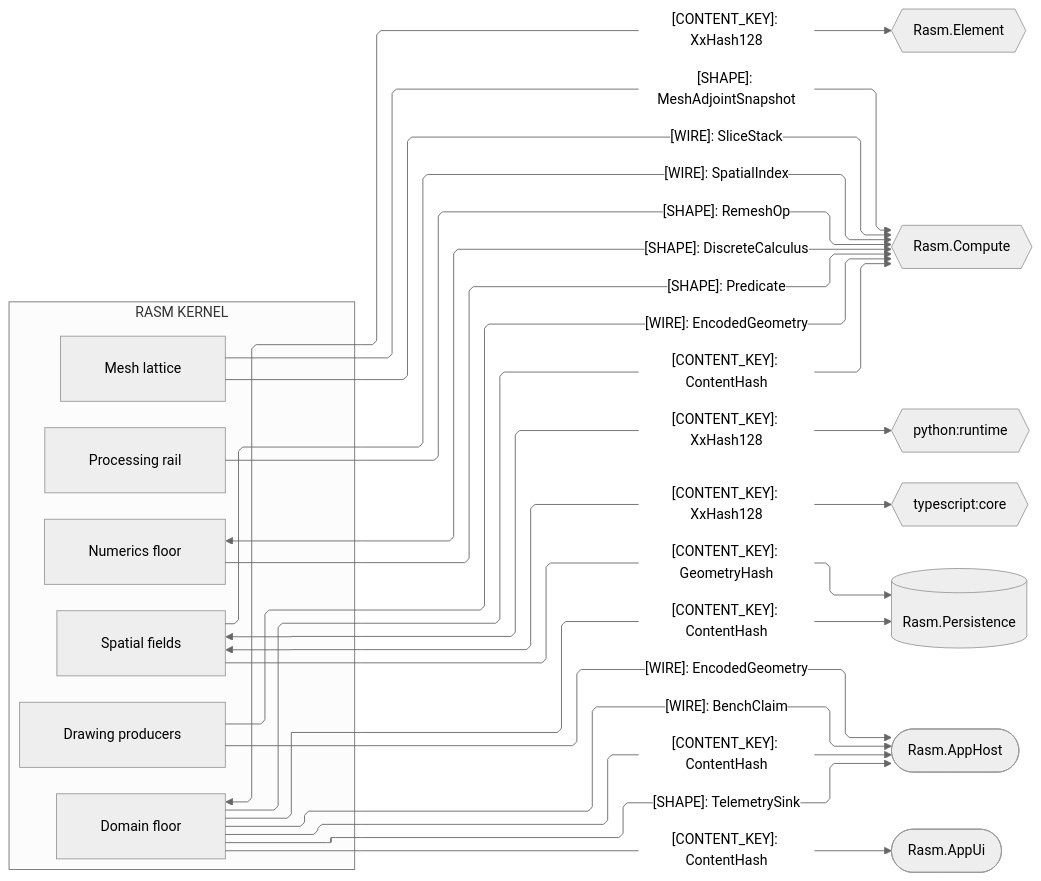
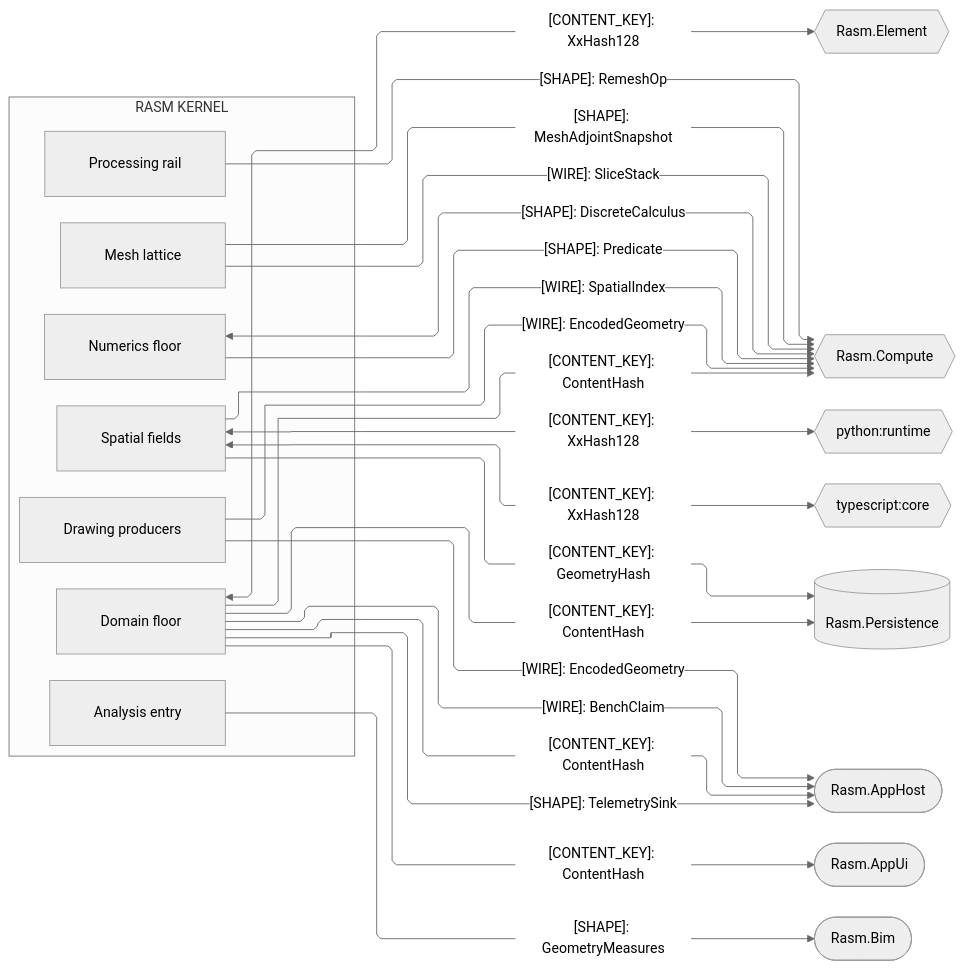
The second of 4 diagrams in libs/csharp/Rasm/ARCHITECTURE.md (bsamiee/Rasm), drawn with Mermaid (neutral theme) before and after one commit. The commit also changed other lines of this file and 486 other files, not shown here.

````diff
--- a/libs/csharp/Rasm/ARCHITECTURE.md
+++ b/libs/csharp/Rasm/ARCHITECTURE.md
@@ -146,45 +146,48 @@
 ```mermaid
 ---
 config:
   layout: elk
   flowchart:
     curve: linear
     padding: 25
 ---
 flowchart LR
     accTitle: Kernel content-key and compute-plane seams
-    accDescr: Kernel sub-domain owners federating content keys and exchanging compute wires with the element, persistence, compute, app-host, app-shell, and the Python and TypeScript peers, one edge per contract family labeled by kind.
+    accDescr: Kernel owners federating content keys and exchanging compute, measure, and signal shapes with same-branch and cross-runtime peers.
     subgraph rasm[RASM KERNEL]
         Domain[Domain floor]
         Numerics[Numerics floor]
         Spatial[Spatial fields]
         Meshing[Mesh lattice]
         Processing[Processing rail]
         Drawing[Drawing producers]
+        Analysis[Analysis entry]
     end
     Element{{Rasm.Element}}
     Compute{{Rasm.Compute}}
     Runtime{{python:runtime}}
     Core{{typescript:core}}
     Persistence[(Rasm.Persistence)]
     AppHost([Rasm.AppHost])
     AppUi([Rasm.AppUi])
+    Bim([Rasm.Bim])
     Domain e1@<-->|"[CONTENT_KEY]: XxHash128"| Element
     Domain e2@-->|"[CONTENT_KEY]: ContentHash"| Persistence
     Domain e3@-->|"[CONTENT_KEY]: ContentHash"| Compute
     Domain e4@-->|"[CONTENT_KEY]: ContentHash"| AppHost
     Domain e5@-->|"[CONTENT_KEY]: ContentHash"| AppUi
     Spatial e6@-->|"[CONTENT_KEY]: GeometryHash"| Persistence
     Spatial e7@<-->|"[CONTENT_KEY]: XxHash128"| Runtime
     Spatial e8@<-->|"[CONTENT_KEY]: XxHash128"| Core
     Numerics e9@<-->|"[SHAPE]: DiscreteCalculus"| Compute
     Numerics e16@-->|"[SHAPE]: Predicate"| Compute
     Meshing e10@-->|"[SHAPE]: MeshAdjointSnapshot"| Compute
     Meshing e11@-->|"[WIRE]: SliceStack"| Compute
     Spatial e12@-->|"[WIRE]: SpatialIndex"| Compute
     Processing e13@-->|"[SHAPE]: RemeshOp"| Compute
     Drawing e14@-->|"[WIRE]: EncodedGeometry"| Compute
     Drawing e15@-->|"[WIRE]: EncodedGeometry"| AppHost
     Domain e17@-->|"[SHAPE]: TelemetrySink"| AppHost
     Domain e18@-->|"[WIRE]: BenchClaim"| AppHost
+    Analysis e19@-->|"[SHAPE]: GeometryMeasures"| Bim
 ```
````
